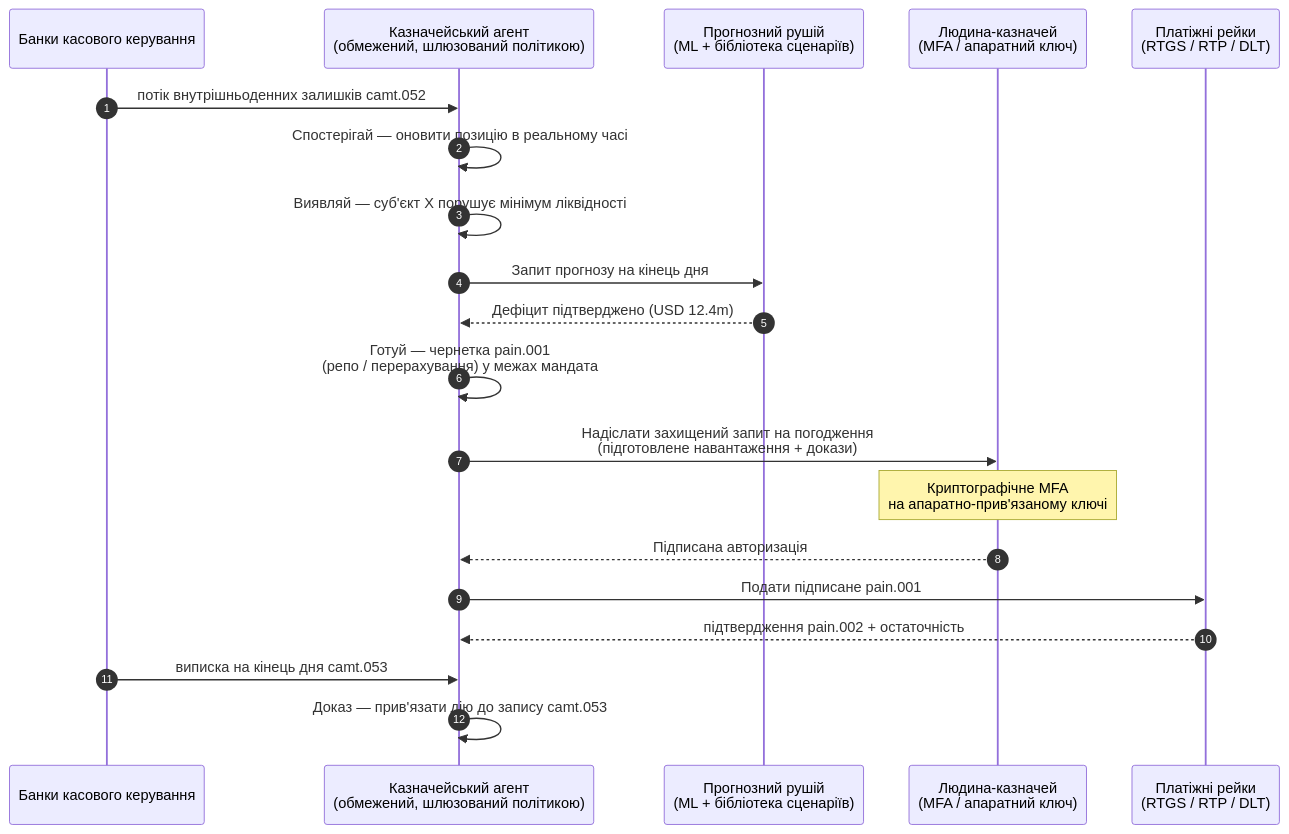
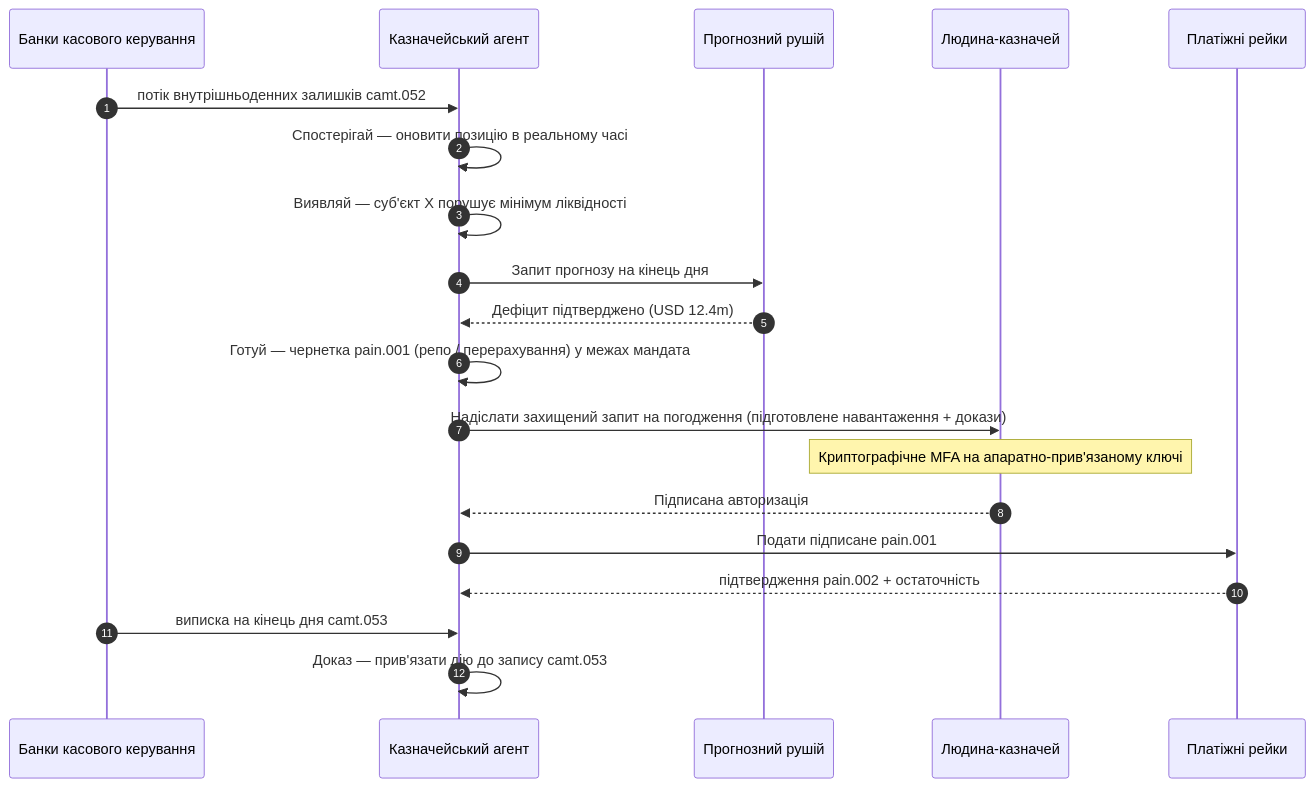
One commit to sebastienrousseau/sebastienrousseau.github.io changed the diagram in _posts/uk/2026-06-07-autonomous-treasury-index-programmable-liquidity-tokenised-deposits-2026.md. Above: the diagram before and after it, drawn with Mermaid. The commit also changed 2231 other files, not shown here.

First line of the commit message:
fix(mermaid): unblock Mermaid v10 rendering end-to-end (#198)

````diff
--- a/_posts/uk/2026-06-07-autonomous-treasury-index-programmable-liquidity-tokenised-deposits-2026.md
+++ b/_posts/uk/2026-06-07-autonomous-treasury-index-programmable-liquidity-tokenised-deposits-2026.md
@@ -154,23 +154,22 @@
 ```mermaid
 sequenceDiagram
     autonumber
     participant Banks as Банки касового керування
-    participant Agent as Казначейський агент<br/>(обмежений, шлюзований політикою)
-    participant Forecast as Прогнозний рушій<br/>(ML + бібліотека сценаріїв)
-    participant Treasurer as Людина-казначей<br/>(MFA / апаратний ключ)
-    participant Rails as Платіжні рейки<br/>(RTGS / RTP / DLT)
-
+    participant Agent as Казначейський агент
+    participant Forecast as Прогнозний рушій
+    participant Treasurer as Людина-казначей
+    participant Rails as Платіжні рейки
     Banks->>Agent: потік внутрішньоденних залишків camt.052
     Agent->>Agent: Спостерігай — оновити позицію в реальному часі
     Agent->>Agent: Виявляй — суб'єкт X порушує мінімум ліквідності
     Agent->>Forecast: Запит прогнозу на кінець дня
     Forecast-->>Agent: Дефіцит підтверджено (USD 12.4m)
-    Agent->>Agent: Готуй — чернетка pain.001<br/>(репо / перерахування) у межах мандата
-    Agent->>Treasurer: Надіслати захищений запит на погодження<br/>(підготовлене навантаження + докази)
-    Note over Treasurer: Криптографічне MFA<br/>на апаратно-прив'язаному ключі
+    Agent->>Agent: Готуй — чернетка pain.001 (репо / перерахування) у межах мандата
+    Agent->>Treasurer: Надіслати захищений запит на погодження (підготовлене навантаження + докази)
+    Note over Treasurer: Криптографічне MFA на апаратно-прив'язаному ключі
     Treasurer-->>Agent: Підписана авторизація
     Agent->>Rails: Подати підписане pain.001
     Rails-->>Agent: підтвердження pain.002 + остаточність
     Banks->>Agent: виписка на кінець дня camt.053
     Agent->>Agent: Доказ — прив'язати дію до запису camt.053
 ```
````
